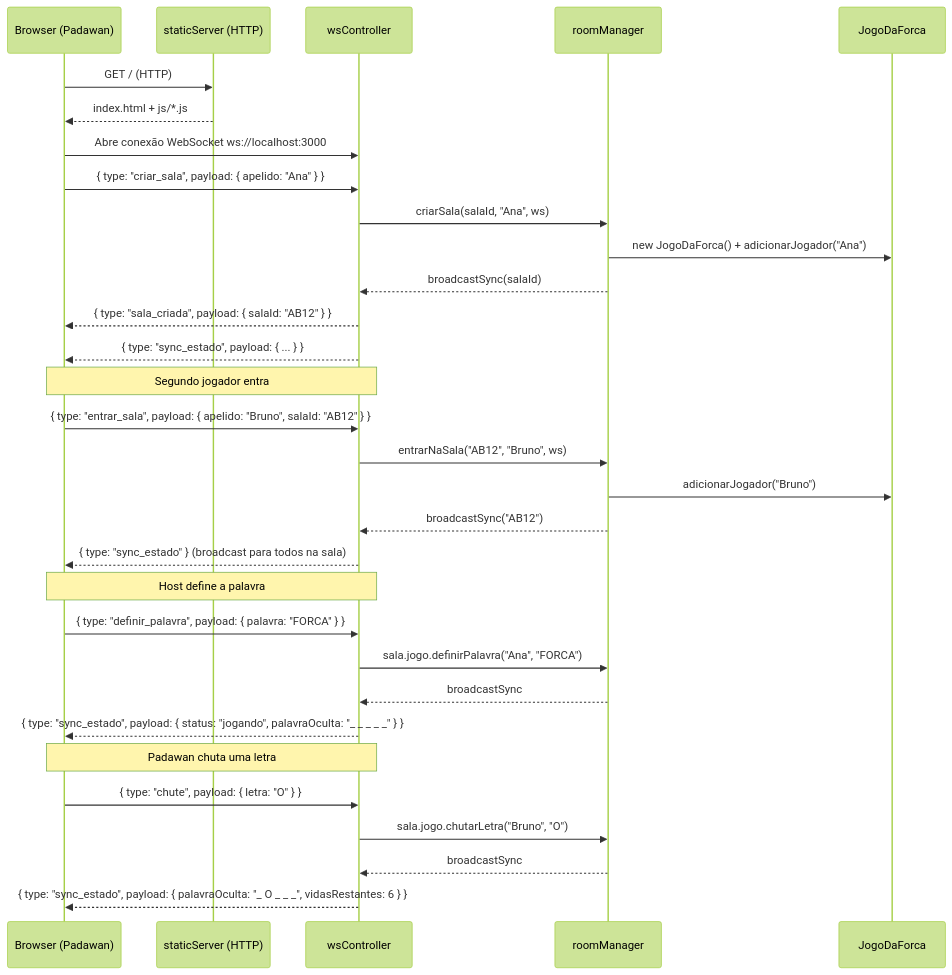
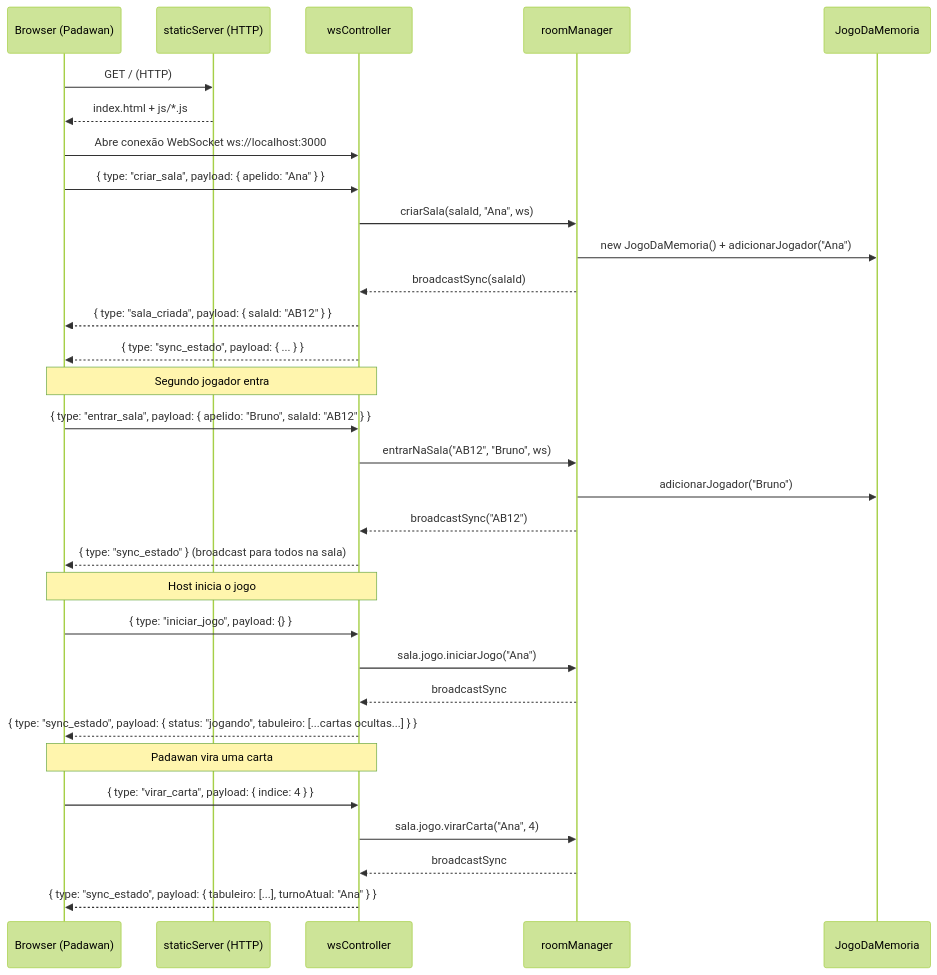
One commit to Leo981-web/jogo-memoriaG2 changed the second of 3 diagrams in .ai-instructions/03_ground_truth_architecture.md. Above: the diagram before and after it, drawn with Mermaid (forest theme). The commit also changed other lines of this file and 5 other files, not shown here.

````diff
--- a/.ai-instructions/03_ground_truth_architecture.md
+++ b/.ai-instructions/03_ground_truth_architecture.md
@@ -96,38 +96,38 @@
 ```mermaid
 sequenceDiagram
     participant B as Browser (Padawan)
     participant H as staticServer (HTTP)
     participant WS as wsController
     participant RM as roomManager
-    participant JF as JogoDaForca
+    participant JM as JogoDaMemoria
 
     B->>H: GET / (HTTP)
     H-->>B: index.html + js/*.js
 
     B->>WS: Abre conexão WebSocket ws://localhost:3000
     B->>WS: { type: "criar_sala", payload: { apelido: "Ana" } }
     WS->>RM: criarSala(salaId, "Ana", ws)
-    RM->>JF: new JogoDaForca() + adicionarJogador("Ana")
+    RM->>JM: new JogoDaMemoria() + adicionarJogador("Ana")
     RM-->>WS: broadcastSync(salaId)
     WS-->>B: { type: "sala_criada", payload: { salaId: "AB12" } }
     WS-->>B: { type: "sync_estado", payload: { ... } }
 
     Note over B,WS: Segundo jogador entra
     B->>WS: { type: "entrar_sala", payload: { apelido: "Bruno", salaId: "AB12" } }
     WS->>RM: entrarNaSala("AB12", "Bruno", ws)
-    RM->>JF: adicionarJogador("Bruno")
+    RM->>JM: adicionarJogador("Bruno")
     RM-->>WS: broadcastSync("AB12")
     WS-->>B: { type: "sync_estado" } (broadcast para todos na sala)
 
-    Note over B,WS: Host define a palavra
-    B->>WS: { type: "definir_palavra", payload: { palavra: "FORCA" } }
-    WS->>RM: sala.jogo.definirPalavra("Ana", "FORCA")
+    Note over B,WS: Host inicia o jogo
+    B->>WS: { type: "iniciar_jogo", payload: {} }
+    WS->>RM: sala.jogo.iniciarJogo("Ana")
     RM-->>WS: broadcastSync
-    WS-->>B: { type: "sync_estado", payload: { status: "jogando", palavraOculta: "_ _ _ _ _" } }
+    WS-->>B: { type: "sync_estado", payload: { status: "jogando", tabuleiro: [...cartas ocultas...] } }
 
-    Note over B,WS: Padawan chuta uma letra
-    B->>WS: { type: "chute", payload: { letra: "O" } }
-    WS->>RM: sala.jogo.chutarLetra("Bruno", "O")
+    Note over B,WS: Padawan vira uma carta
+    B->>WS: { type: "virar_carta", payload: { indice: 4 } }
+    WS->>RM: sala.jogo.virarCarta("Ana", 4)
     RM-->>WS: broadcastSync
-    WS-->>B: { type: "sync_estado", payload: { palavraOculta: "_ O _ _ _", vidasRestantes: 6 } }
+    WS-->>B: { type: "sync_estado", payload: { tabuleiro: [...], turnoAtual: "Ana" } }
 ```
````
